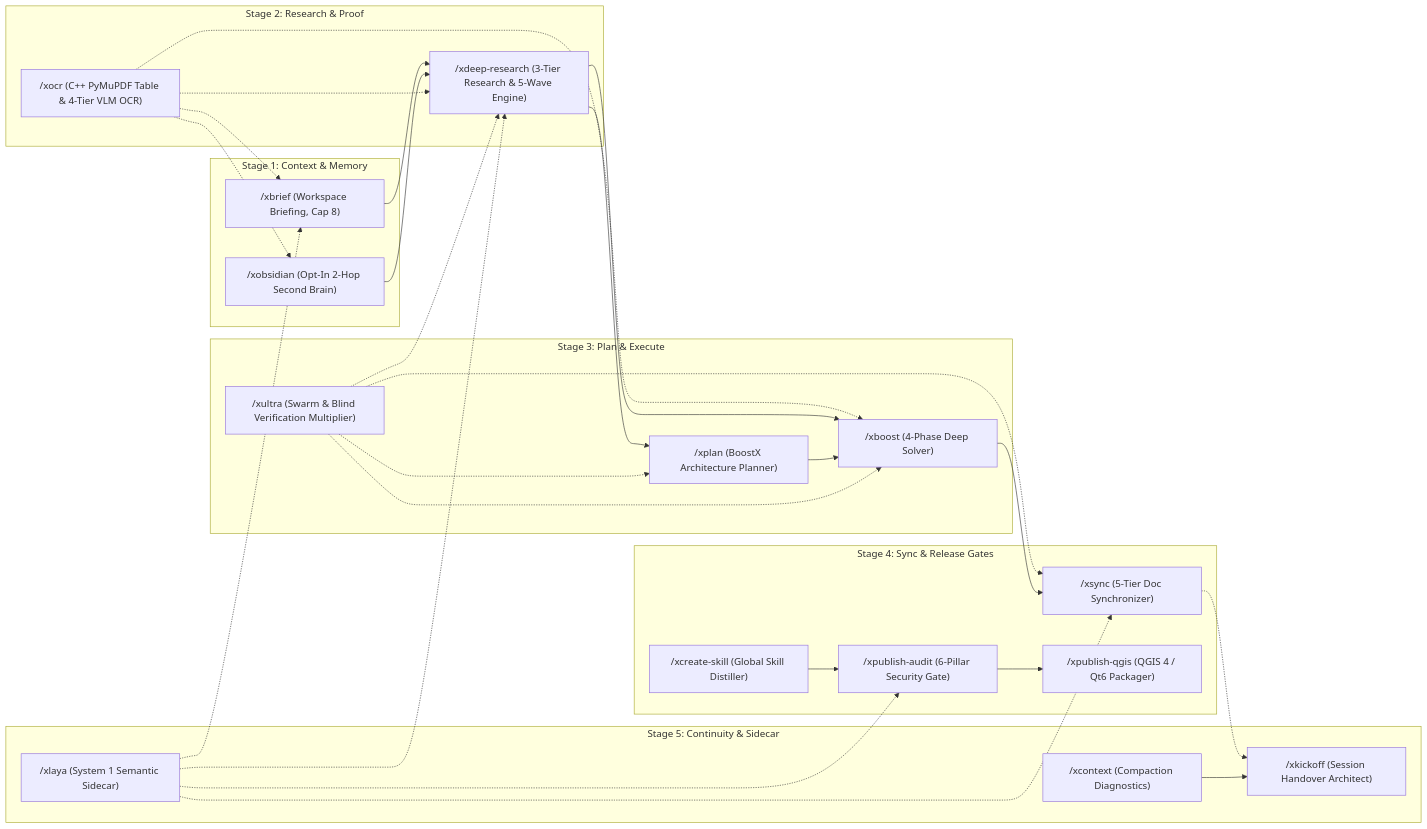
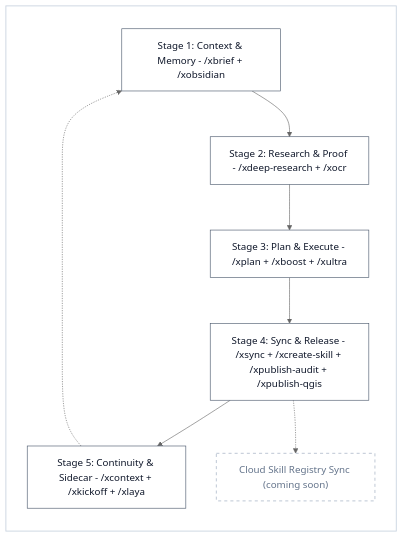
Before and after one commit to iscvlab/boostx: the first of 2 diagrams in README.md, drawn with Mermaid. The commit also changed other lines of this file and 2 other files, not shown here.

Commit message:
docs(readme): upgrade to GitHub Publishing Protocol v1.2 & link scb-10x/typhoon-ocr PR #15

````diff
--- a/README.md
+++ b/README.md
@@ -21,50 +42,22 @@
 ```mermaid
+%%{init: {'theme': 'neutral'}}%%
 flowchart LR
-    subgraph S1["Stage 1: Context & Memory"]
-        BX["/xbrief (Workspace Briefing, Cap 8)"]
-        OX["/xobsidian (Opt-In 2-Hop Second Brain)"]
+    subgraph Canvas [" "]
+        S1["Stage 1: Context & Memory - /xbrief + /xobsidian"]
+        S2["Stage 2: Research & Proof - /xdeep-research + /xocr"]
+        S3["Stage 3: Plan & Execute - /xplan + /xboost + /xultra"]
+        S4["Stage 4: Sync & Release - /xsync + /xcreate-skill + /xpublish-audit + /xpublish-qgis"]
+        S5["Stage 5: Continuity & Sidecar - /xcontext + /xkickoff + /xlaya"]
+        REG["Cloud Skill Registry Sync (coming soon)"]
+
+        S1 --> S2
+        S2 --> S3
+        S3 --> S4
+        S4 --> S5
+        S5 -.-> S1
+        S4 -.-> REG
     end
-    subgraph S2["Stage 2: Research & Proof"]
-        DRX["/xdeep-research (3-Tier Research & 5-Wave Engine)"]
-        OCX["/xocr (C++ PyMuPDF Table & 4-Tier VLM OCR)"]
-    end
-    subgraph S3["Stage 3: Plan & Execute"]
-        PLX["/xplan (BoostX Architecture Planner)"]
-        BSX["/xboost (4-Phase Deep Solver)"]
-        ULX["/xultra (Swarm & Blind Verification Multiplier)"]
-    end
-    subgraph S4["Stage 4: Sync & Release Gates"]
-        SX["/xsync (5-Tier Doc Synchronizer)"]
-        CSX["/xcreate-skill (Global Skill Distiller)"]
-        PAX["/xpublish-audit (6-Pillar Security Gate)"]
-        PQX["/xpublish-qgis (QGIS 4 / Qt6 Packager)"]
-    end
-    subgraph S5["Stage 5: Continuity & Sidecar"]
-        CTX["/xcontext (Compaction Diagnostics)"]
-        KOX["/xkickoff (Session Handover Architect)"]
-        LX["/xlaya (System 1 Semantic Sidecar)"]
-    end
-
-    BX --> DRX
-    OX --> DRX
-    OCX -.-> BX
-    OCX -.-> DRX
-    OCX -.-> BSX
-    OCX -.-> OX
-    DRX --> PLX
-    DRX --> BSX
-    PLX --> BSX
-    ULX -.-> DRX
-    ULX -.-> PLX
-    ULX -.-> BSX
-    ULX -.-> SX
-    BSX --> SX
-    CSX --> PAX
-    PAX --> PQX
-    SX -.-> KOX
-    CTX --> KOX
-    LX -.-> BX
-    LX -.-> DRX
-    LX -.-> SX
-    LX -.-> PAX
+    classDef default fill:#ffffff,stroke:#475569,color:#0f172a,stroke-width:1px
+    style Canvas fill:#ffffff,stroke:#cbd5e1,stroke-width:1.5px,color:#0f172a
+    style REG fill:#ffffff,stroke:#94a3b8,stroke-dasharray: 5 5,color:#64748b
 ```
````
